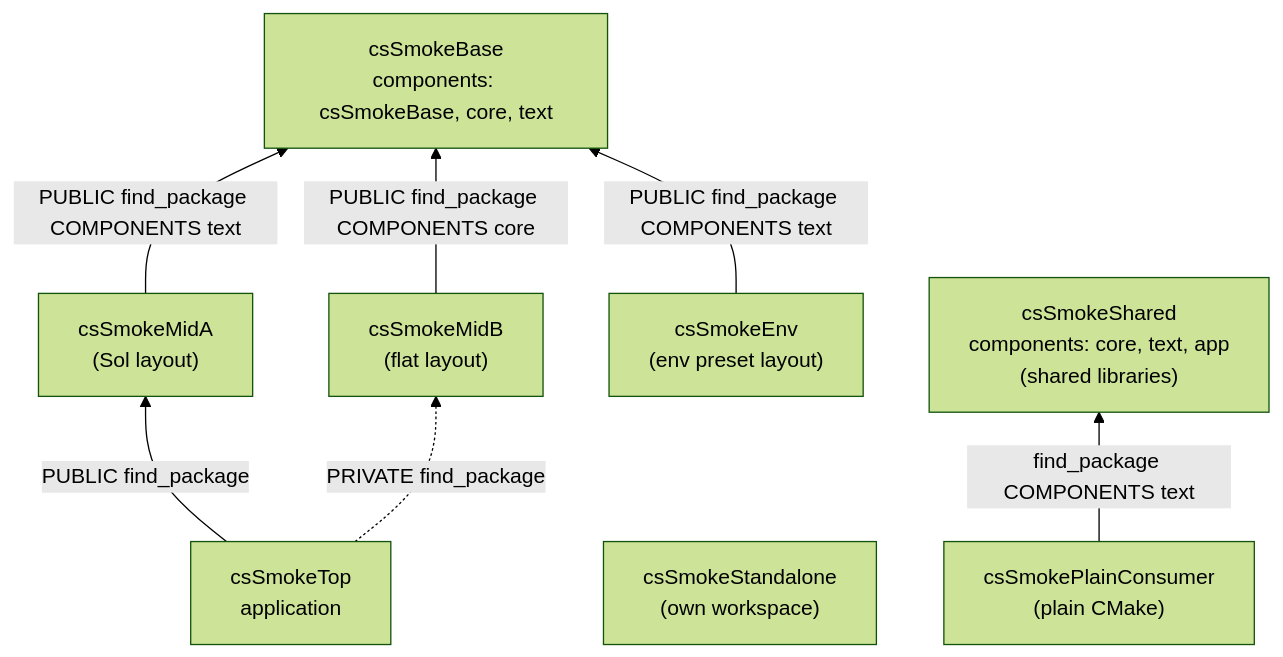
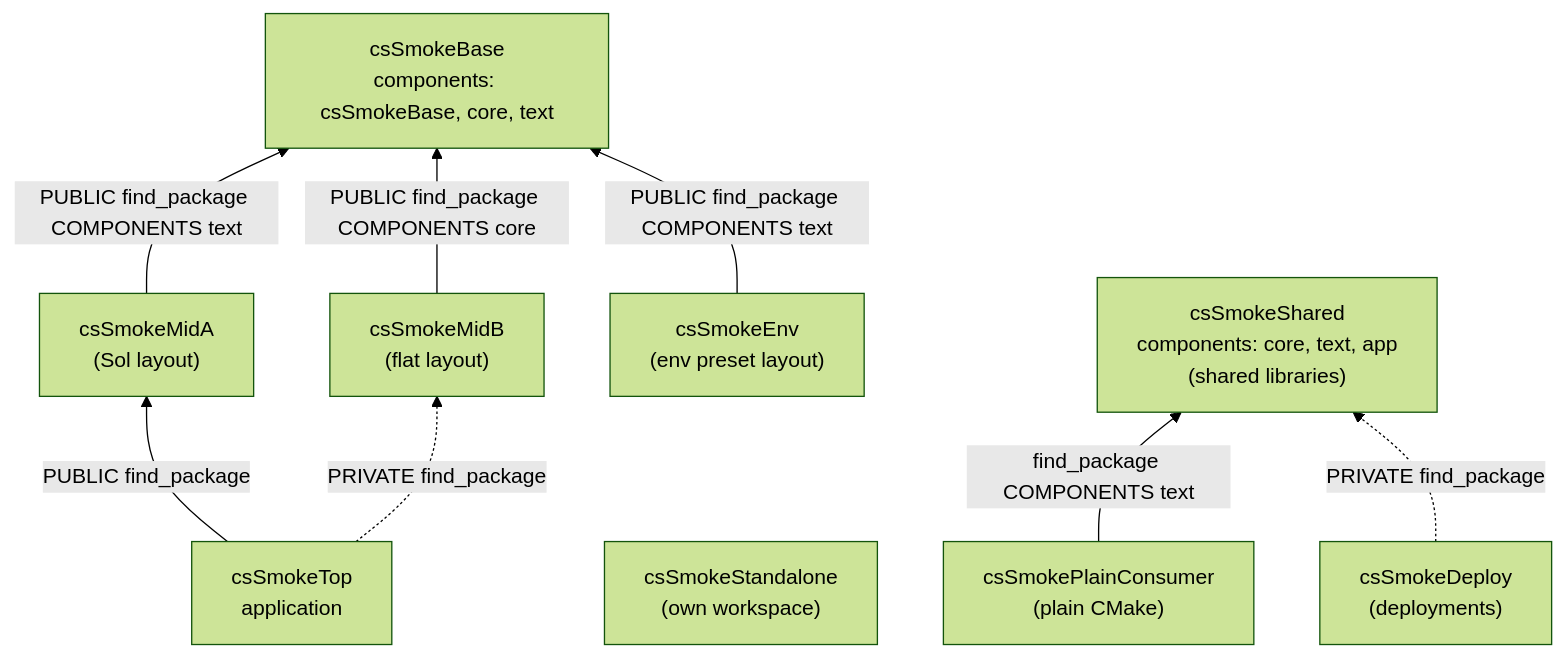
One commit to cscosine/csCMake changed the first of 3 diagrams in docs/advanced/smoke-tests.md. Above: the diagram before and after it, drawn with Mermaid (forest theme). The commit also changed other lines of this file and 17 other files, not shown here.

````diff
--- a/docs/advanced/smoke-tests.md
+++ b/docs/advanced/smoke-tests.md
@@ -31,10 +32,11 @@
 ```mermaid
 flowchart BT
     midA["csSmokeMidA<br/>(Sol layout)"] -->|"PUBLIC find_package COMPONENTS text"| base["csSmokeBase<br/>components: csSmokeBase, core, text"]
     midB["csSmokeMidB<br/>(flat layout)"] -->|"PUBLIC find_package COMPONENTS core"| base
     top["csSmokeTop<br/>application"] -->|"PUBLIC find_package"| midA
     top -.->|"PRIVATE find_package"| midB
     env["csSmokeEnv<br/>(env preset layout)"] -->|"PUBLIC find_package COMPONENTS text"| base
     standalone["csSmokeStandalone<br/>(own workspace)"]
     plain["csSmokePlainConsumer<br/>(plain CMake)"] -->|"find_package COMPONENTS text"| shared["csSmokeShared<br/>components: core, text, app<br/>(shared libraries)"]
+    deploy["csSmokeDeploy<br/>(deployments)"] -.->|"PRIVATE find_package"| shared
 ```
````
